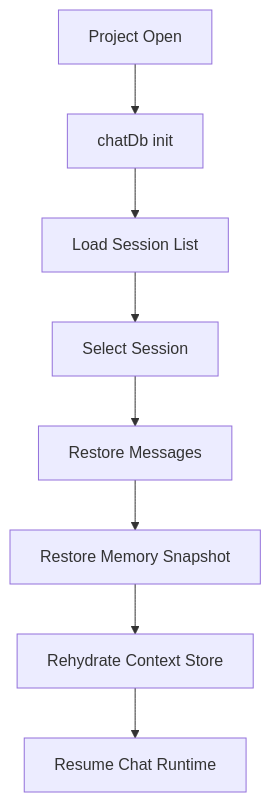
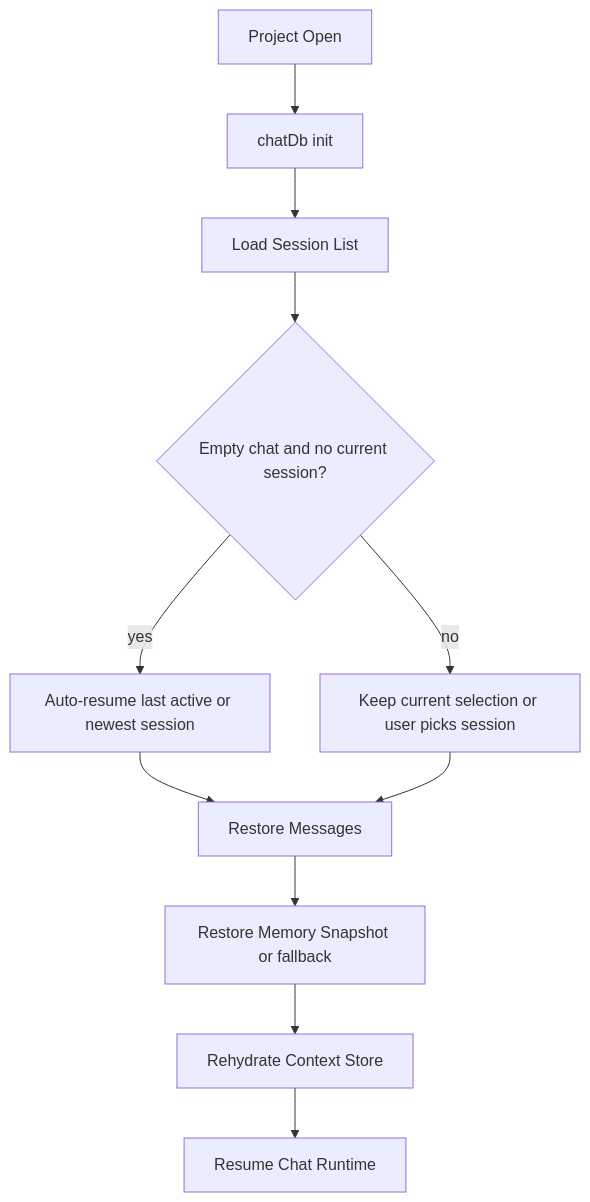
One commit to madhavok/atls-studio changed the diagram in docs/session-persistence.md. Above: the diagram before and after it, drawn with Mermaid. The commit also changed other lines of this file and 4 other files, not shown here.

````diff
--- a/docs/session-persistence.md
+++ b/docs/session-persistence.md
@@ -63,10 +77,13 @@
 ```mermaid
 flowchart TD
   ProjectOpen[Project Open] --> InitDb[chatDb init]
   InitDb --> LoadSessions[Load Session List]
-  LoadSessions --> SelectSession[Select Session]
-  SelectSession --> RestoreMessages[Restore Messages]
-  RestoreMessages --> RestoreSnapshot[Restore Memory Snapshot]
+  LoadSessions --> Branch{Empty chat and no current session?}
+  Branch -->|yes| AutoResume[Auto-resume last active or newest session]
+  Branch -->|no| ManualPick[Keep current selection or user picks session]
+  AutoResume --> RestoreMessages[Restore Messages]
+  ManualPick --> RestoreMessages
+  RestoreMessages --> RestoreSnapshot[Restore Memory Snapshot or fallback]
   RestoreSnapshot --> ContextStore[Rehydrate Context Store]
   ContextStore --> ResumeRuntime[Resume Chat Runtime]
 ```
````
